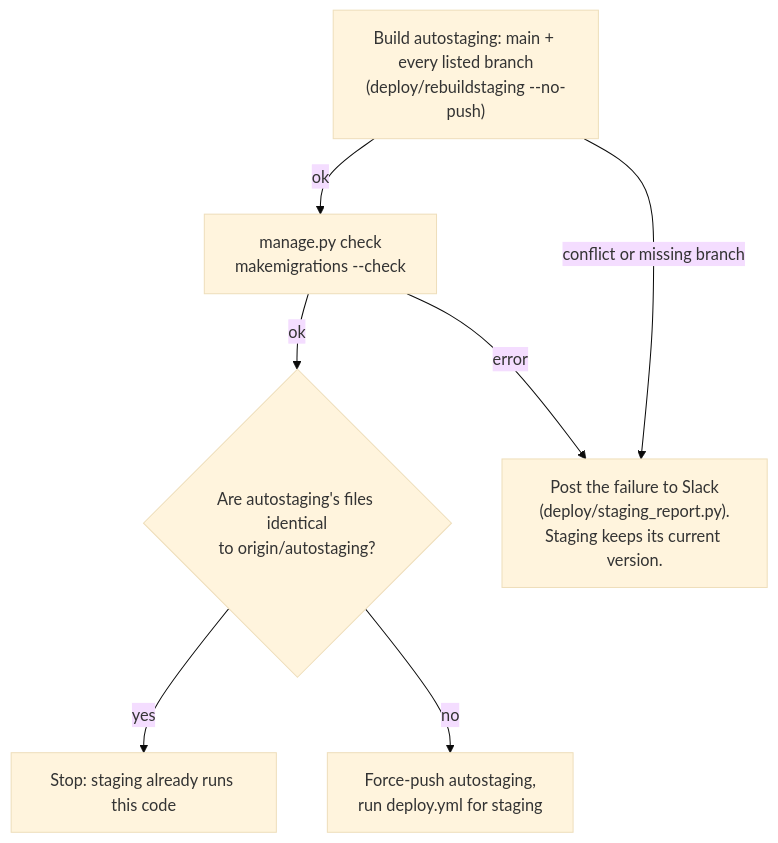
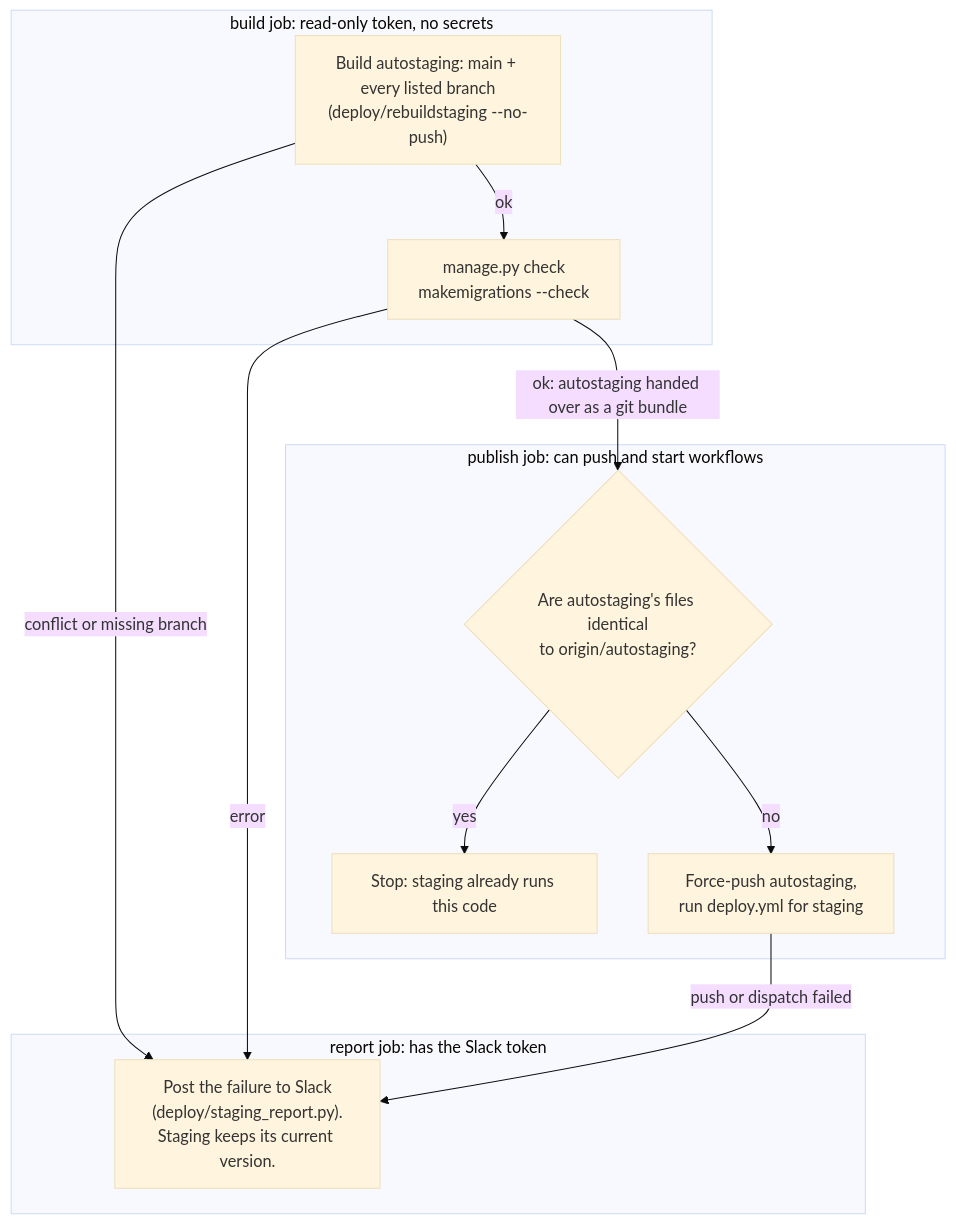
Before and after one commit to dimagi/commcare-connect: the second of 3 diagrams in deploy/README.md, drawn with Mermaid (base theme). The commit also changed other lines of this file, not shown here.

Commit message:
docs: describe the build, publish and report rebuild jobs

````diff
--- a/deploy/README.md
+++ b/deploy/README.md
@@ -234,16 +234,23 @@
 ```mermaid
 flowchart TD
-    build["Build autostaging: main + every listed branch<br/>(deploy/rebuildstaging --no-push)"]
-    checks["manage.py check<br/>makemigrations --check"]
-    same{"Are autostaging's files identical<br/>to origin/autostaging?"}
-    nodeploy["Stop: staging already runs this code"]
-    deploy["Force-push autostaging,<br/>run deploy.yml for staging"]
-    slack["Post the failure to Slack<br/>(deploy/staging_report.py).<br/>Staging keeps its current version."]
+    subgraph buildjob["build job: read-only token, no secrets"]
+        build["Build autostaging: main + every listed branch<br/>(deploy/rebuildstaging --no-push)"]
+        checks["manage.py check<br/>makemigrations --check"]
+    end
+    subgraph publishjob["publish job: can push and start workflows"]
+        same{"Are autostaging's files identical<br/>to origin/autostaging?"}
+        nodeploy["Stop: staging already runs this code"]
+        deploy["Force-push autostaging,<br/>run deploy.yml for staging"]
+    end
+    subgraph reportjob["report job: has the Slack token"]
+        slack["Post the failure to Slack<br/>(deploy/staging_report.py).<br/>Staging keeps its current version."]
+    end
 
     build -- "ok" --> checks
-    checks -- "ok" --> same
+    checks -- "ok: autostaging handed over as a git bundle" --> same
     same -- "yes" --> nodeploy
     same -- "no" --> deploy
     build -- "conflict or missing branch" --> slack
     checks -- "error" --> slack
+    deploy -- "push or dispatch failed" --> slack
 ```
````
